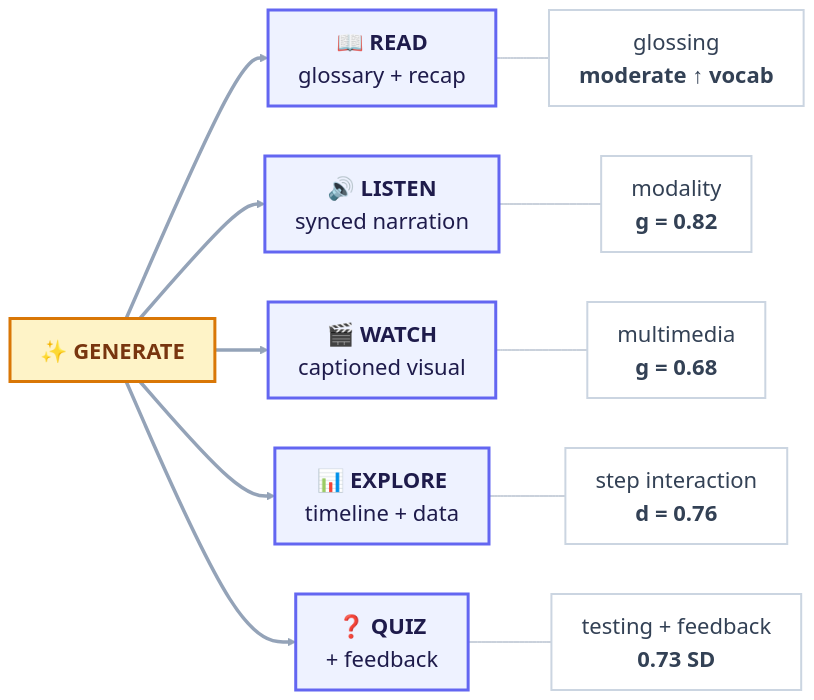
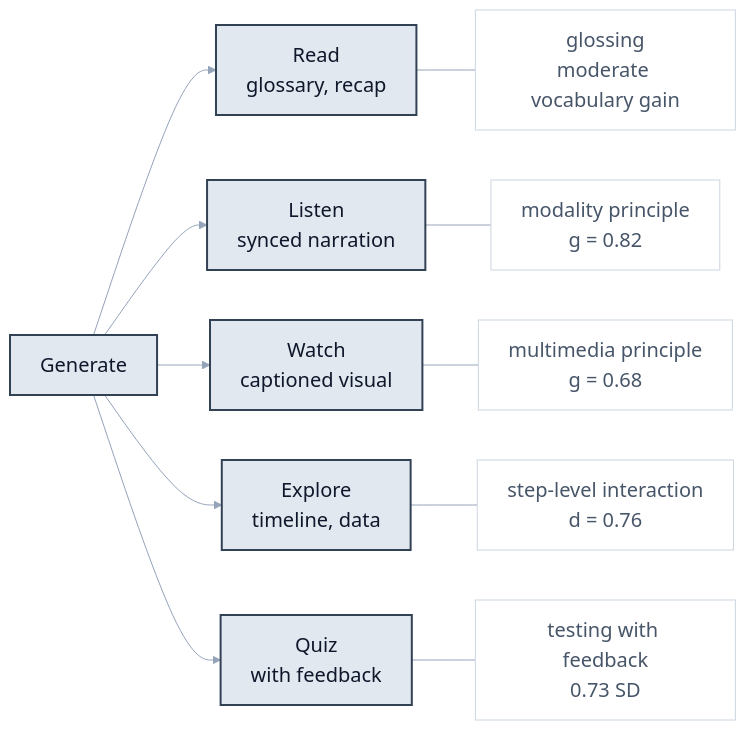
The second of 3 diagrams in README.md (rsusarla3/prism), drawn with Mermaid before and after one commit. The commit also changed other lines of this file and 1 other file, not shown here.

````diff
--- a/README.md
+++ b/README.md
@@ -45,30 +45,28 @@
 ```mermaid
-%%{init: {'theme':'base','themeVariables':{'fontSize':'22px','fontFamily':'system-ui, sans-serif','primaryColor':'#eef2ff','primaryTextColor':'#111827','primaryBorderColor':'#6366f1','lineColor':'#94a3b8'}}}%%
+%%{init: {'theme':'base','themeVariables':{'fontSize':'20px','fontFamily':'system-ui, sans-serif','primaryColor':'#f8fafc','primaryTextColor':'#0f172a','primaryBorderColor':'#475569','lineColor':'#94a3b8'}}}%%
 flowchart LR
-    GEN["✨ <b>GENERATE</b>"]
+    GEN["Generate"]
 
-    A["📖 <b>READ</b><br/>glossary + recap"]
-    B["🔊 <b>LISTEN</b><br/>synced narration"]
-    C["🎬 <b>WATCH</b><br/>captioned visual"]
-    D["📊 <b>EXPLORE</b><br/>timeline + data"]
-    E["❓ <b>QUIZ</b><br/>+ feedback"]
+    A["Read<br/>glossary, recap"]
+    B["Listen<br/>synced narration"]
+    C["Watch<br/>captioned visual"]
+    D["Explore<br/>timeline, data"]
+    E["Quiz<br/>with feedback"]
 
-    GEN ==> A
-    GEN ==> B
-    GEN ==> C
-    GEN ==> D
-    GEN ==> E
+    GEN --> A
+    GEN --> B
+    GEN --> C
+    GEN --> D
+    GEN --> E
 
-    A --- A1["glossing<br/><b>moderate ↑ vocab</b>"]
-    B --- B1["modality<br/><b>g = 0.82</b>"]
-    C --- C1["multimedia<br/><b>g = 0.68</b>"]
-    D --- D1["step interaction<br/><b>d = 0.76</b>"]
-    E --- E1["testing + feedback<br/><b>0.73 SD</b>"]
+    A --- A1["glossing<br/>moderate vocabulary gain"]
+    B --- B1["modality principle<br/>g = 0.82"]
+    C --- C1["multimedia principle<br/>g = 0.68"]
+    D --- D1["step-level interaction<br/>d = 0.76"]
+    E --- E1["testing with feedback<br/>0.73 SD"]
 
-    classDef asset fill:#eef2ff,stroke:#6366f1,stroke-width:3px,color:#1e1b4b;
-    classDef eviCls fill:#ffffff,stroke:#cbd5e1,stroke-width:2px,color:#334155;
-    classDef gen fill:#fef3c7,stroke:#d97706,stroke-width:3px,color:#78350f;
-    class A,B,C,D,E asset;
-    class A1,B1,C1,D1,E1 eviCls;
-    class GEN gen;
+    classDef asset fill:#e2e8f0,stroke:#334155,stroke-width:2px,color:#0f172a;
+    classDef evi fill:#ffffff,stroke:#cbd5e1,stroke-width:1px,color:#475569;
+    class GEN,A,B,C,D,E asset;
+    class A1,B1,C1,D1,E1 evi;
 ```
````
